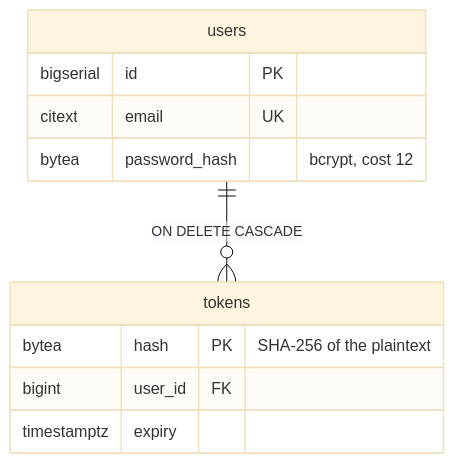
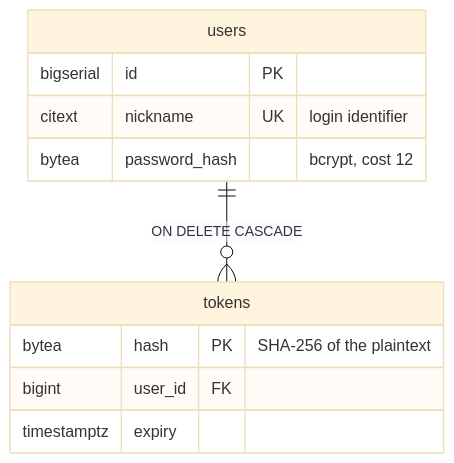
Before and after one commit to salandered/wavelen: the first of 3 diagrams in docs/auth.md, drawn with Mermaid (base theme). The commit also changed other lines of this file and 28 other files, not shown here.

Commit message:
Change storing user email to a nickname; add silly logo

````diff
--- a/docs/auth.md
+++ b/docs/auth.md
@@ -17,14 +17,14 @@
 ```mermaid
 erDiagram
     users ||--o{ tokens : "ON DELETE CASCADE"
     users {
         bigserial id PK
-        citext email UK
+        citext nickname UK "login identifier"
         bytea password_hash "bcrypt, cost 12"
     }
     tokens {
         bytea hash PK "SHA-256 of the plaintext"
         bigint user_id FK
         timestamptz expiry
     }
 ```
````
